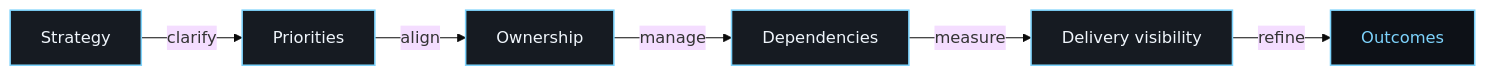
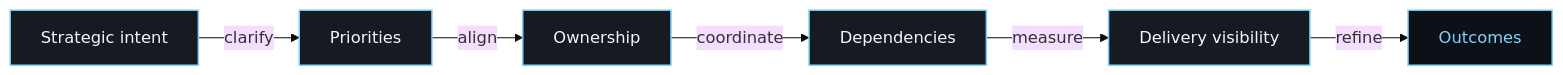
Before and after one commit to deveninception/deveninception: the first of 2 diagrams in README.md, drawn with Mermaid (base theme). The commit also changed other lines of this file, not shown here.

````diff
--- a/README.md
+++ b/README.md
@@ -23,13 +23,13 @@
 ```mermaid
 flowchart LR
-    A[Strategy] -->|clarify| B[Priorities]
+    A[Strategic intent] -->|clarify| B[Priorities]
     B -->|align| C[Ownership]
-    C -->|manage| D[Dependencies]
+    C -->|coordinate| D[Dependencies]
     D -->|measure| E[Delivery visibility]
     E -->|refine| F[Outcomes]
 
     classDef node fill:#161b22,stroke:#7dd3fc,stroke-width:1.5px,color:#f0f6fc;
     classDef outcome fill:#0d1117,stroke:#7dd3fc,stroke-width:1.5px,color:#7dd3fc;
     class A,B,C,D,E node;
     class F outcome;
 ```
````
